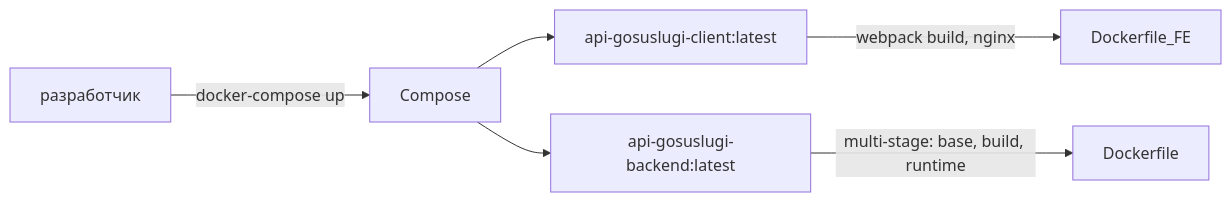
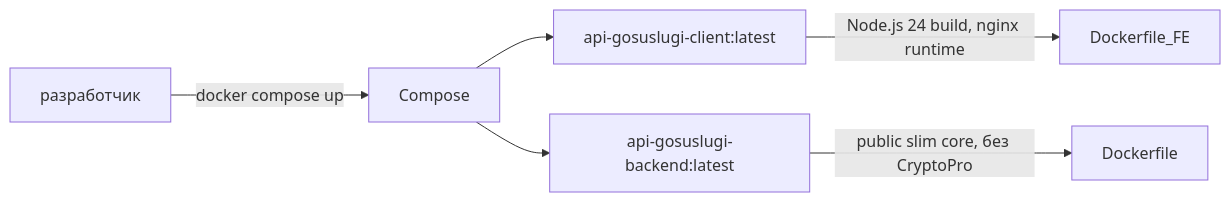
The third of 3 diagrams in docs/architecture.md (yellow444/epgu), drawn with Mermaid before and after one commit. The commit also changed other lines of this file and 128 other files, not shown here.

````diff
--- a/docs/architecture.md
+++ b/docs/architecture.md
@@ -99,8 +107,8 @@
 ```mermaid
 flowchart LR
-    Dev[разработчик] -->|docker-compose up| Compose
+    Dev[разработчик] -->|docker compose up| Compose
     Compose --> FE_IMG[api-gosuslugi-client:latest]
     Compose --> BE_IMG[api-gosuslugi-backend:latest]
-    BE_IMG -->|multi-stage: base, build, runtime| Dockerfile
-    FE_IMG -->|webpack build, nginx| Dockerfile_FE
+    BE_IMG -->|public slim core, без CryptoPro| Dockerfile
+    FE_IMG -->|Node.js 24 build, nginx runtime| Dockerfile_FE
 ```
````
